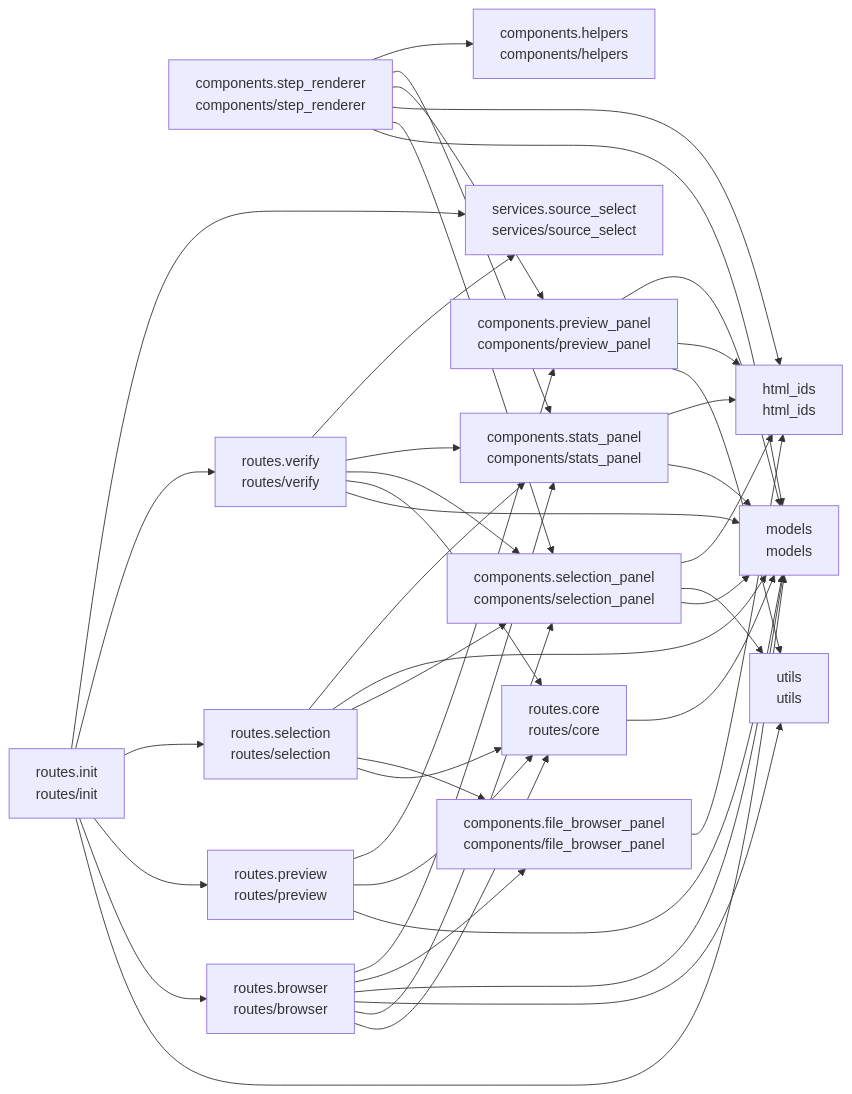
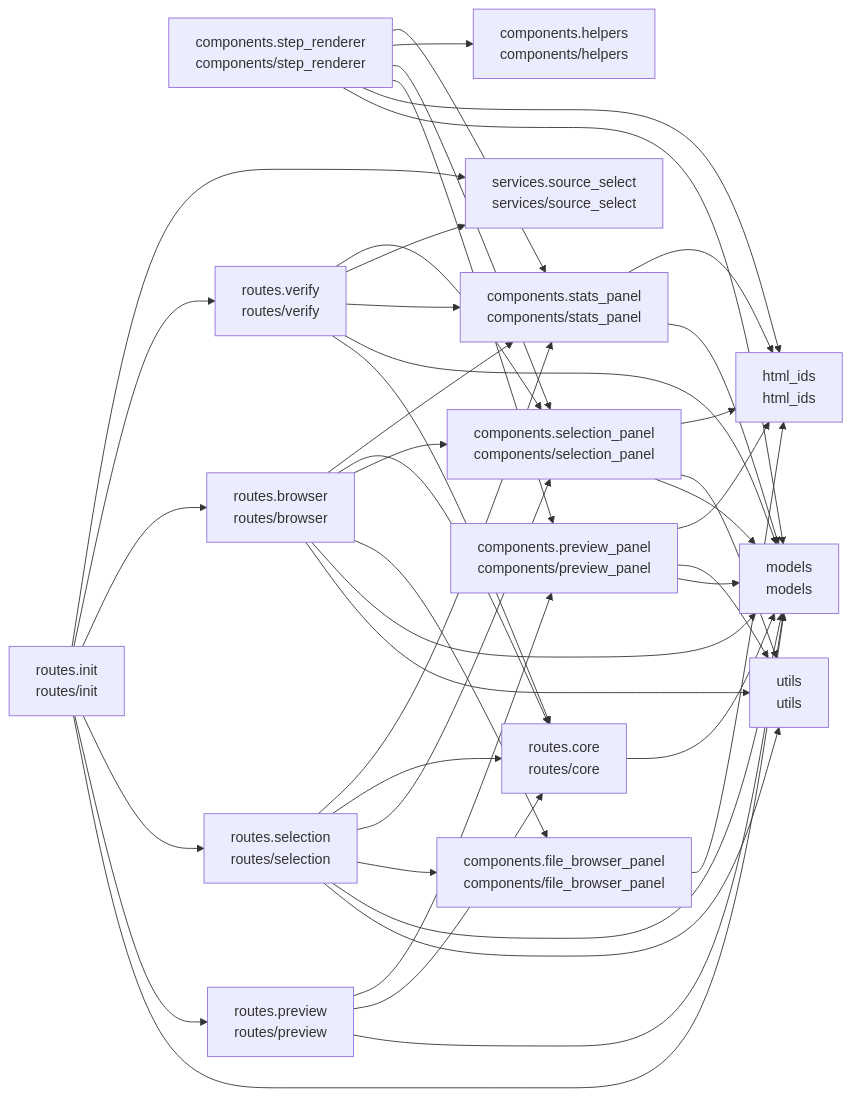
Before and after one commit to cj-mills/cjm-transcription-source-select: the diagram in README.md, drawn with Mermaid. The commit also changed other lines of this file and 12 other files, not shown here.

````diff
--- a/README.md
+++ b/README.md
@@ -39,61 +39,62 @@
 ``` mermaid
 graph LR
     components_file_browser_panel[components.file_browser_panel<br/>components/file_browser_panel]
     components_helpers[components.helpers<br/>components/helpers]
     components_preview_panel[components.preview_panel<br/>components/preview_panel]
     components_selection_panel[components.selection_panel<br/>components/selection_panel]
     components_stats_panel[components.stats_panel<br/>components/stats_panel]
     components_step_renderer[components.step_renderer<br/>components/step_renderer]
     html_ids[html_ids<br/>html_ids]
     models[models<br/>models]
     routes_browser[routes.browser<br/>routes/browser]
     routes_core[routes.core<br/>routes/core]
     routes_init[routes.init<br/>routes/init]
     routes_preview[routes.preview<br/>routes/preview]
     routes_selection[routes.selection<br/>routes/selection]
     routes_verify[routes.verify<br/>routes/verify]
     services_source_select[services.source_select<br/>services/source_select]
     utils[utils<br/>utils]
 
     components_file_browser_panel --> html_ids
+    components_preview_panel --> models
     components_preview_panel --> utils
     components_preview_panel --> html_ids
-    components_preview_panel --> models
     components_selection_panel --> models
     components_selection_panel --> utils
     components_selection_panel --> html_ids
     components_stats_panel --> models
     components_stats_panel --> html_ids
     components_step_renderer --> models
-    components_step_renderer --> components_selection_panel
     components_step_renderer --> html_ids
     components_step_renderer --> components_preview_panel
+    components_step_renderer --> components_selection_panel
+    components_step_renderer --> components_helpers
     components_step_renderer --> components_stats_panel
-    components_step_renderer --> components_helpers
-    routes_browser --> routes_core
-    routes_browser --> components_selection_panel
     routes_browser --> utils
     routes_browser --> models
     routes_browser --> components_file_browser_panel
+    routes_browser --> components_selection_panel
+    routes_browser --> routes_core
     routes_browser --> components_stats_panel
     routes_core --> models
     routes_init --> models
-    routes_init --> routes_browser
     routes_init --> routes_preview
     routes_init --> routes_selection
+    routes_init --> routes_browser
     routes_init --> routes_verify
     routes_init --> services_source_select
     routes_preview --> models
     routes_preview --> routes_core
     routes_preview --> components_preview_panel
-    routes_selection --> routes_core
+    routes_selection --> utils
+    routes_selection --> models
     routes_selection --> components_file_browser_panel
     routes_selection --> components_selection_panel
-    routes_selection --> models
+    routes_selection --> routes_core
     routes_selection --> components_stats_panel
+    routes_verify --> routes_core
     routes_verify --> models
-    routes_verify --> routes_core
-    routes_verify --> components_selection_panel
     routes_verify --> components_stats_panel
     routes_verify --> services_source_select
+    routes_verify --> components_selection_panel
 ```
````
